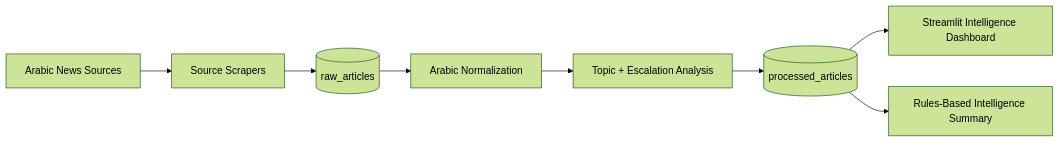
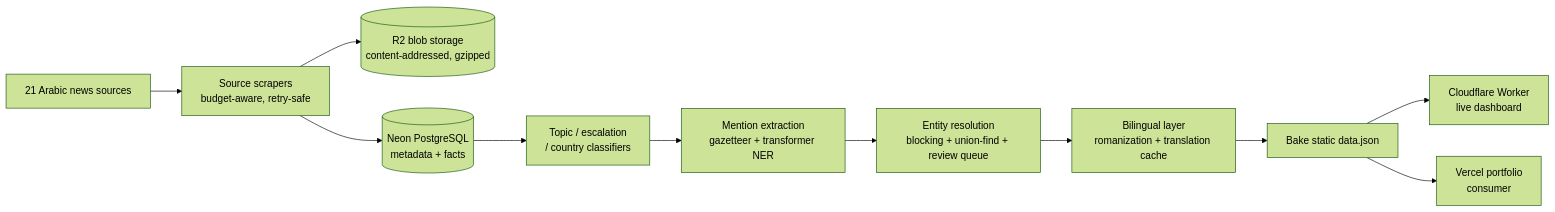
Before and after one commit to gdayoub/arabic-osint-intelligence-platform: the diagram in README.md, drawn with Mermaid (forest theme). The commit also changed other lines of this file and 7 other files, not shown here.

````diff
--- a/README.md
+++ b/README.md
@@ -26,10 +60,13 @@
 ```mermaid
 flowchart LR
-    A[Arabic News Sources] --> B[Source Scrapers]
-    B --> C[(raw_articles)]
-    C --> D[Arabic Normalization]
-    D --> E[Topic + Escalation Analysis]
-    E --> F[(processed_articles)]
-    F --> G[Streamlit Intelligence Dashboard]
-    F --> H[Rules-Based Intelligence Summary]
+    A[21 Arabic news sources] --> B[Source scrapers\nbudget-aware, retry-safe]
+    B --> C[(R2 blob storage\ncontent-addressed, gzipped)]
+    B --> D[(Neon PostgreSQL\nmetadata + facts)]
+    D --> E[Topic / escalation\n/ country classifiers]
+    E --> F[Mention extraction\ngazetteer + transformer NER]
+    F --> G[Entity resolution\nblocking + union-find + review queue]
+    G --> H[Bilingual layer\nromanization + translation cache]
+    H --> I[Bake static data.json]
+    I --> J[Cloudflare Worker\nlive dashboard]
+    I --> K[Vercel portfolio\nconsumer]
 ```
````
